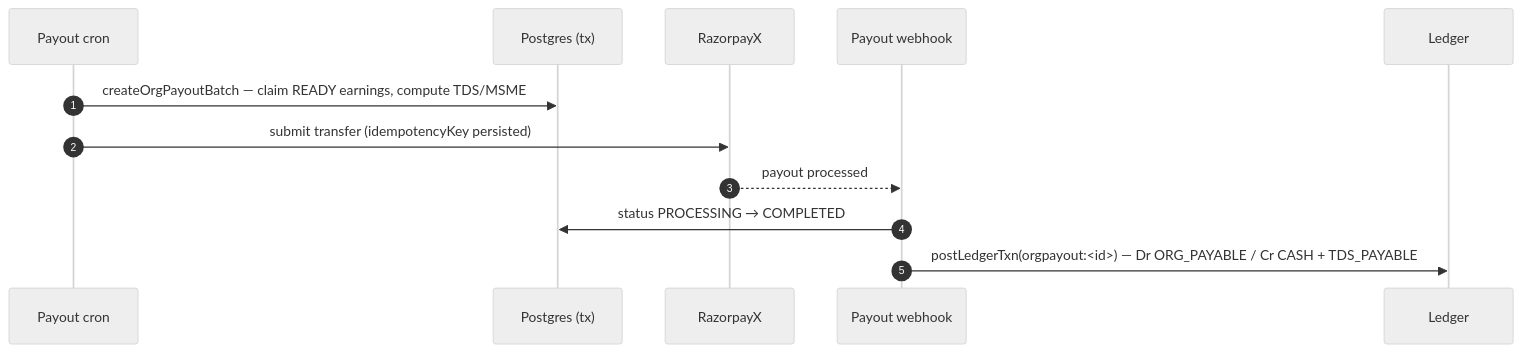
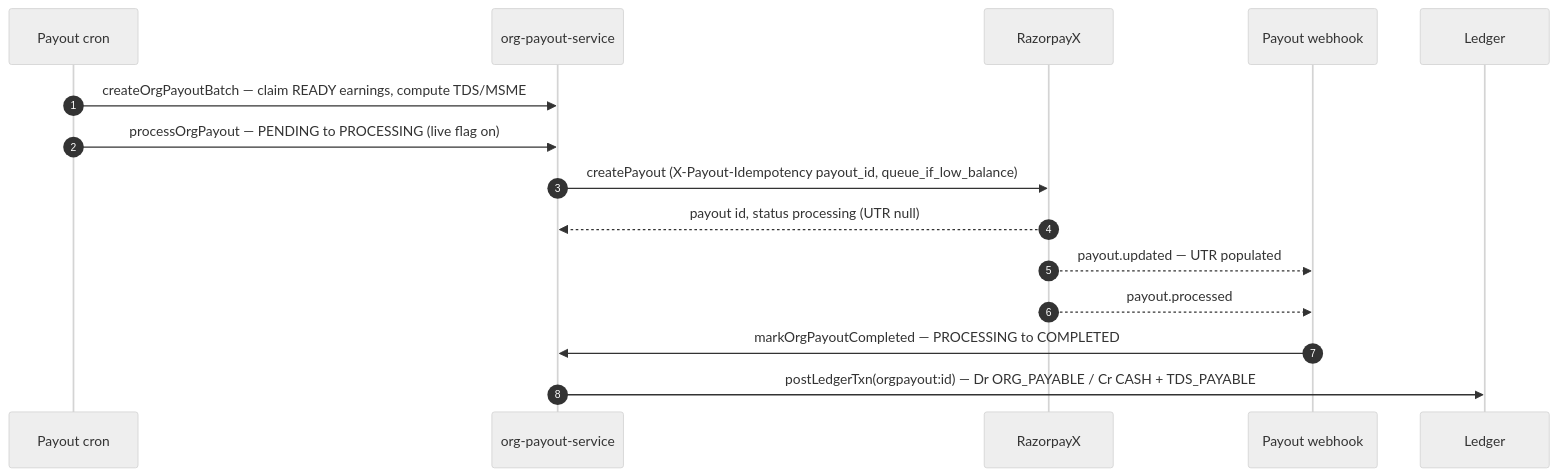
One commit to Practitionist/familiarise_web changed the second of 2 diagrams in docs/enterprise/10-money-and-ledger/07-payout-pipeline.md. Above: the diagram before and after it, drawn with Mermaid (neutral theme). The commit also changed other lines of this file and 12 other files, not shown here.

First line of the commit message:
docs(enterprise): absorb org-side payout docs into the money band

````diff
--- a/docs/enterprise/10-money-and-ledger/07-payout-pipeline.md
+++ b/docs/enterprise/10-money-and-ledger/07-payout-pipeline.md
@@ -89,14 +99,17 @@
 ```mermaid
 sequenceDiagram
   autonumber
   participant CR as Payout cron
-  participant DB as Postgres (tx)
+  participant SV as org-payout-service
   participant GW as RazorpayX
   participant WH as Payout webhook
   participant L as Ledger
-  CR->>DB: createOrgPayoutBatch — claim READY earnings, compute TDS/MSME
-  CR->>GW: submit transfer (idempotencyKey persisted)
-  GW-->>WH: payout processed
-  WH->>DB: status PROCESSING → COMPLETED
-  WH->>L: postLedgerTxn(orgpayout:<id>) — Dr ORG_PAYABLE / Cr CASH + TDS_PAYABLE
+  CR->>SV: createOrgPayoutBatch — claim READY earnings, compute TDS/MSME
+  CR->>SV: processOrgPayout — PENDING to PROCESSING (live flag on)
+  SV->>GW: createPayout (X-Payout-Idempotency payout_id, queue_if_low_balance)
+  GW-->>SV: payout id, status processing (UTR null)
+  GW-->>WH: payout.updated — UTR populated
+  GW-->>WH: payout.processed
+  WH->>SV: markOrgPayoutCompleted — PROCESSING to COMPLETED
+  SV->>L: postLedgerTxn(orgpayout:id) — Dr ORG_PAYABLE / Cr CASH + TDS_PAYABLE
 ```
````
